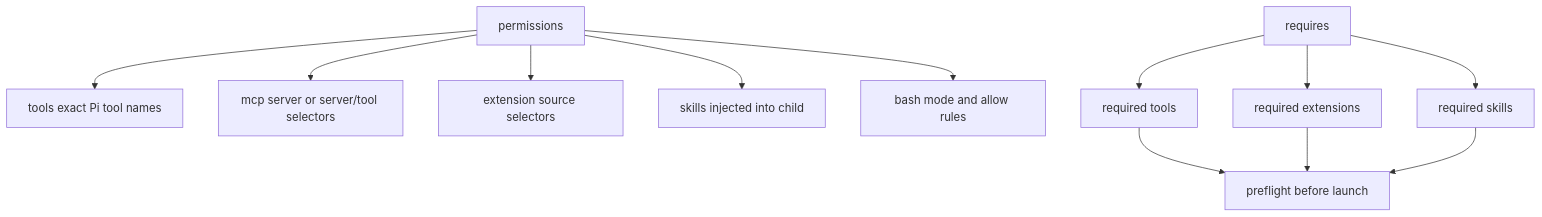
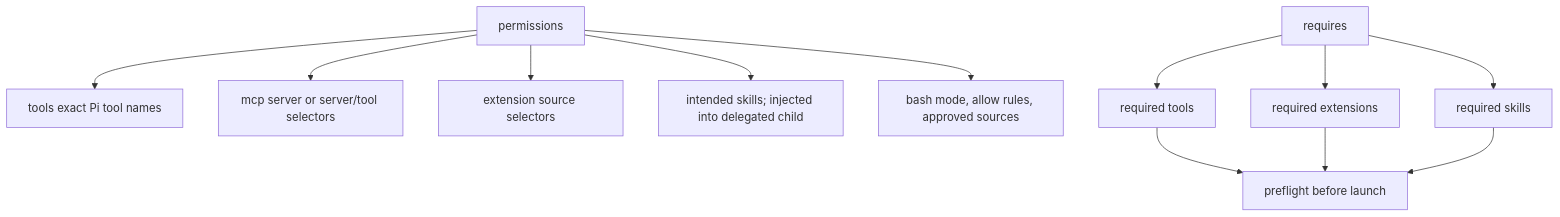
The fifth of 7 diagrams in openwiki/authoring/workflow-files.md (wichayutdew/pi-workflows), drawn with Mermaid before and after one commit. The commit also changed other lines of this file and 84 other files, not shown here.

````diff
--- a/openwiki/authoring/workflow-files.md
+++ b/openwiki/authoring/workflow-files.md
@@ -115,14 +110,14 @@
 ```mermaid
 flowchart TD
   Permissions[permissions] --> Tools[tools exact Pi tool names]
   Permissions --> MCP[mcp server or server/tool selectors]
   Permissions --> Extensions[extension source selectors]
-  Permissions --> Skills[skills injected into child]
-  Permissions --> Bash[bash mode and allow rules]
+  Permissions --> Skills[intended skills; injected into delegated child]
+  Permissions --> Bash[bash mode, allow rules, approved sources]
   Requires[requires] --> ReqTools[required tools]
   Requires --> ReqExt[required extensions]
   Requires --> ReqSkills[required skills]
   ReqTools --> Preflight[preflight before launch]
   ReqExt --> Preflight
   ReqSkills --> Preflight
 ```
````
